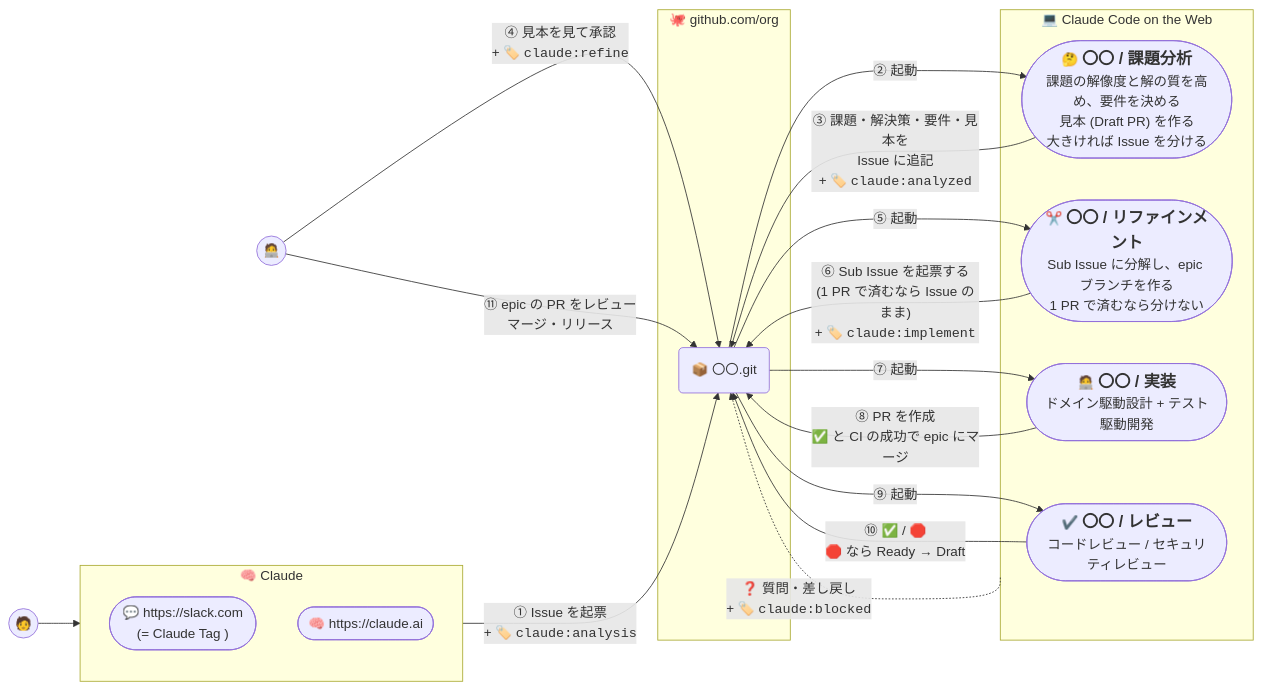
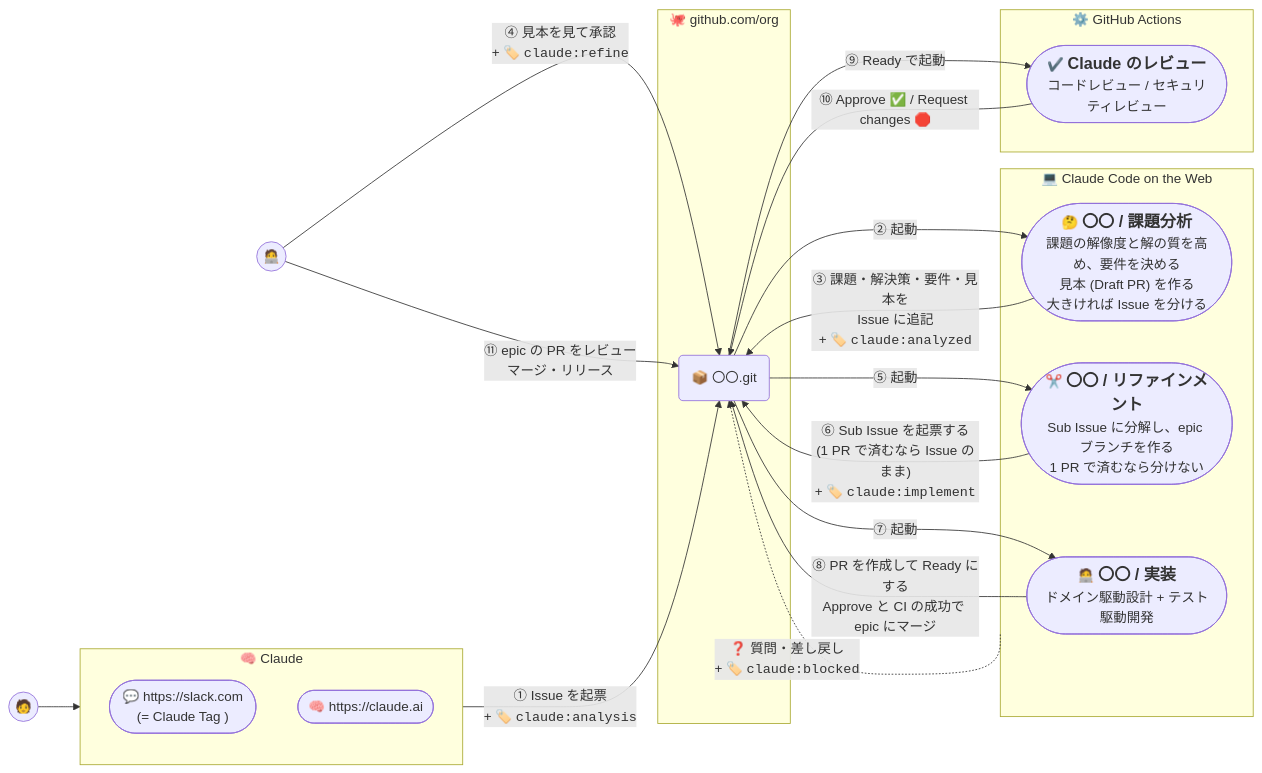
One commit to theindiehacker/fastship-plugin changed the first of 4 diagrams in README.md. Above: the diagram before and after it, drawn with Mermaid. The commit also changed other lines of this file and 12 other files, not shown here.

First line of the commit message:
PR のレビューを Actions の Claude のレビューに移す

````diff
--- a/README.md
+++ b/README.md
@@ -8,33 +8,36 @@
 ```mermaid
 graph LR;
     Human(("🧑")) --> Claude
     
     subgraph Claude ["🧠 Claude"]
         slack.com(["💬 https://slack.com<br/>(= Claude Tag )"])
         claude.ai(["🧠 https://claude.ai"])
     end
     
     subgraph GitHub ["🐙 github.com/org"]
         Repository("📦 〇〇.git")
     end
 
     subgraph ClaudeCode ["💻 Claude Code on the Web"]
         analysis(["🤔 <b style='font-size: larger;'>〇〇 / 課題分析</b><br/>課題の解像度と解の質を高め、要件を決める<br/>見本 (Draft PR) を作る<br/>大きければ Issue を分ける"])
         refinement(["✂️ <b  style='font-size: larger;'>〇〇 / リファインメント</b><br/>Sub Issue に分解し、epic ブランチを作る<br/>1 PR で済むなら分けない"])
         implement(["🧑‍💻 <b  style='font-size: larger;'>〇〇 / 実装</b><br/>ドメイン駆動設計 + テスト駆動開発"])
-        review(["✔️ <b  style='font-size: larger;'>〇〇 / レビュー</b><br/>コードレビュー / セキュリティレビュー"])
+    end
+
+    subgraph Actions ["⚙️ GitHub Actions"]
+        review(["✔️ <b  style='font-size: larger;'>Claude のレビュー</b><br/>コードレビュー / セキュリティレビュー"])
     end
 
     Claude -->|① Issue を起票<br/>+ 🏷️ <code>claude:analysis</code>| Repository -->|② 起動| analysis
     analysis -->|③ 課題・解決策・要件・見本を<br/>Issue に追記<br/>+ 🏷️ <code>claude:analyzed</code>| Repository
     Developer(("🧑‍💻")) -->|④ 見本を見て承認<br/>+ 🏷️ <code>claude:refine</code>| Repository
     Repository -->|⑤ 起動| refinement -->|"⑥ Sub Issue を起票する<br/>(1 PR で済むなら Issue のまま)<br/>+ 🏷️ <code>claude:implement</code>"| Repository
     
-    Repository -->|⑦ 起動| implement -->|"⑧ PR を作成<br/>✅ と CI の成功で epic にマージ"| Repository
+    Repository -->|⑦ 起動| implement -->|"⑧ PR を作成して Ready にする<br/>Approve と CI の成功で epic にマージ"| Repository
     
-    Repository -->|⑨ 起動| review -->|⑩ ✅ / 🛑<br/>🛑 なら Ready → Draft| Repository
+    Repository -->|⑨ Ready で起動| review -->|"⑩ Approve ✅ / Request changes 🛑"| Repository
 
     Developer -->|"⑪ epic の PR をレビュー<br/>マージ・リリース"| Repository
 
     ClaudeCode -.->|❓ 質問・差し戻し<br/>+ 🏷️ <code>claude:blocked</code>| Repository
 ```
````
